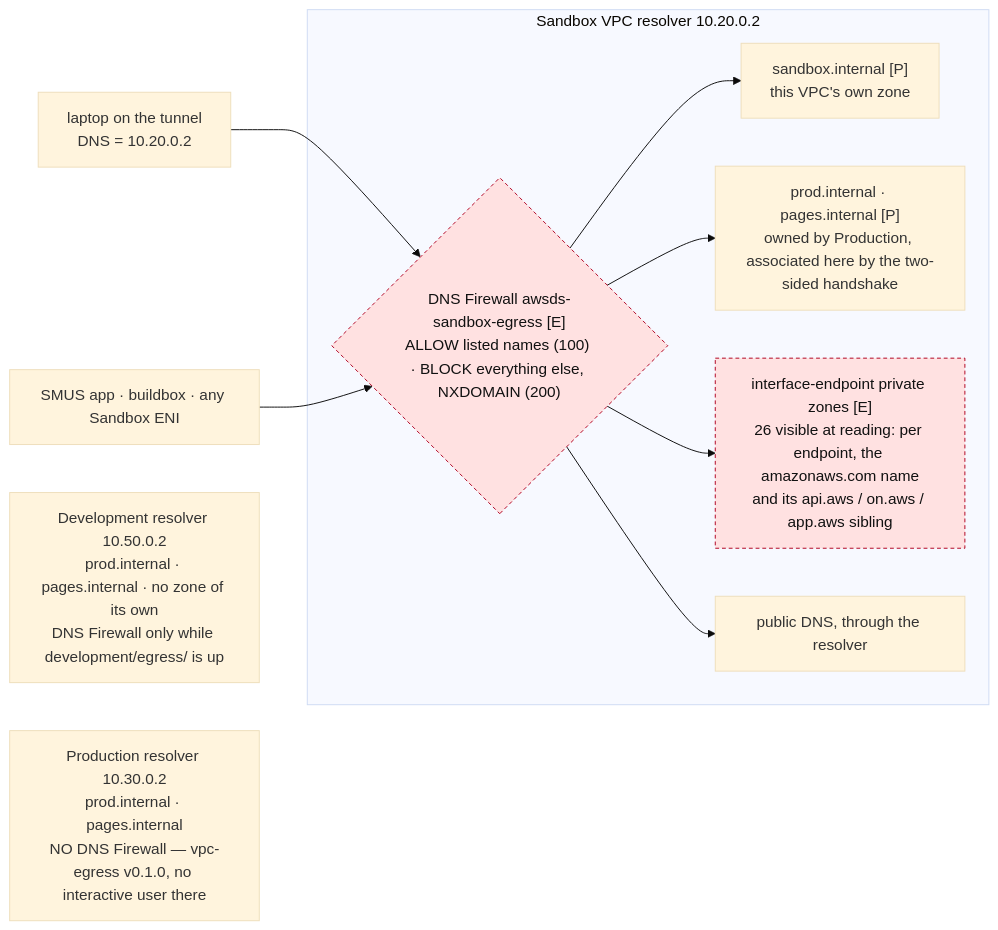
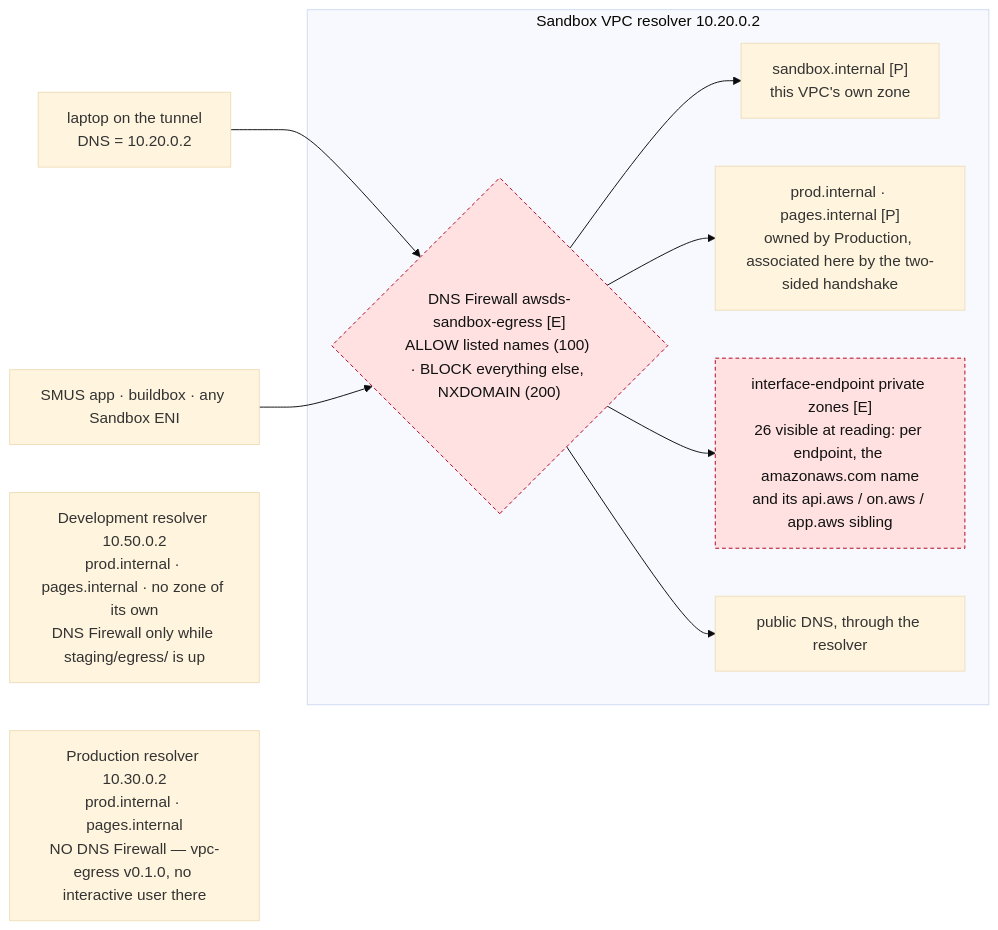
One commit to felipenoris/AWS-DataScience changed the eighth of 8 diagrams in docs/NETWORK.md. Above: the diagram before and after it, drawn with Mermaid (base theme). The commit also changed other lines of this file and 30 other files, not shown here.

````diff
--- a/docs/NETWORK.md
+++ b/docs/NETWORK.md
@@ -670,24 +670,24 @@
 ```mermaid
 flowchart LR
     LAP["laptop on the tunnel<br/>DNS = 10.20.0.2"]
     APP["SMUS app · buildbox · any Sandbox ENI"]
     subgraph SBXR["Sandbox VPC resolver 10.20.0.2"]
         FW{"DNS Firewall awsds-sandbox-egress [E]<br/>ALLOW listed names (100) · BLOCK everything else, NXDOMAIN (200)"}
         Z1["sandbox.internal [P]<br/>this VPC's own zone"]
         Z2["prod.internal · pages.internal [P]<br/>owned by Production, associated here by the two-sided handshake"]
         Z3["interface-endpoint private zones [E]<br/>26 visible at reading: per endpoint, the amazonaws.com name<br/>and its api.aws / on.aws / app.aws sibling"]
         PUB["public DNS, through the resolver"]
     end
-    DEVR["Development resolver 10.50.0.2<br/>prod.internal · pages.internal · no zone of its own<br/>DNS Firewall only while development/egress/ is up"]
+    DEVR["Development resolver 10.50.0.2<br/>prod.internal · pages.internal · no zone of its own<br/>DNS Firewall only while staging/egress/ is up"]
     PRDR["Production resolver 10.30.0.2<br/>prod.internal · pages.internal<br/>NO DNS Firewall — vpc-egress v0.1.0, no interactive user there"]
 
     LAP --> FW
     APP --> FW
     FW --> Z1
     FW --> Z2
     FW --> Z3
     FW --> PUB
 
     classDef eph fill:#ffe1e1,stroke:#b00020,color:#111,stroke-dasharray: 4 3;
     class FW,Z3 eph;
 ```
````
